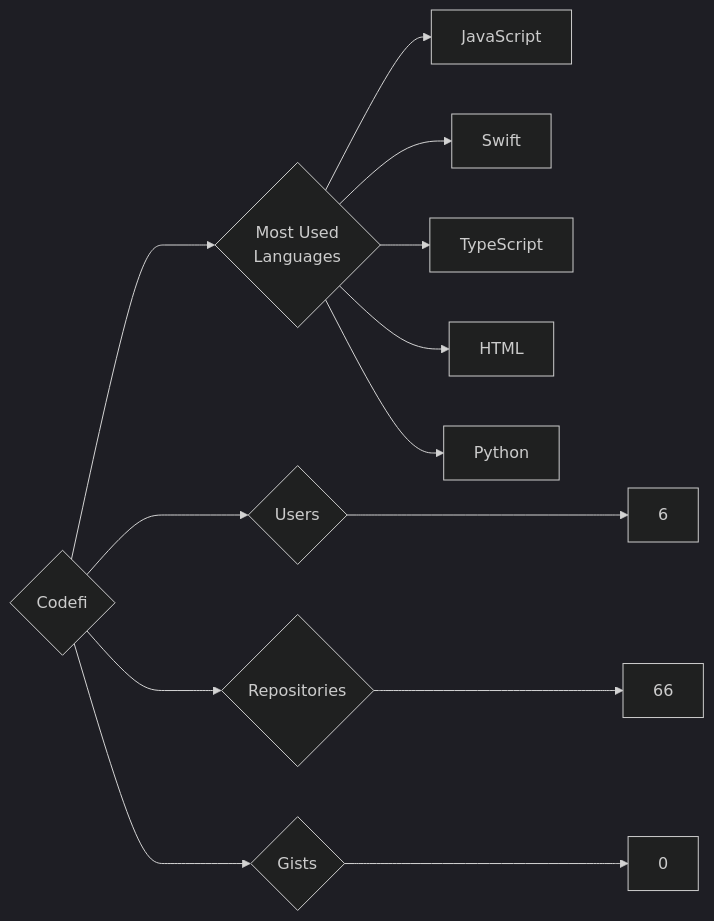
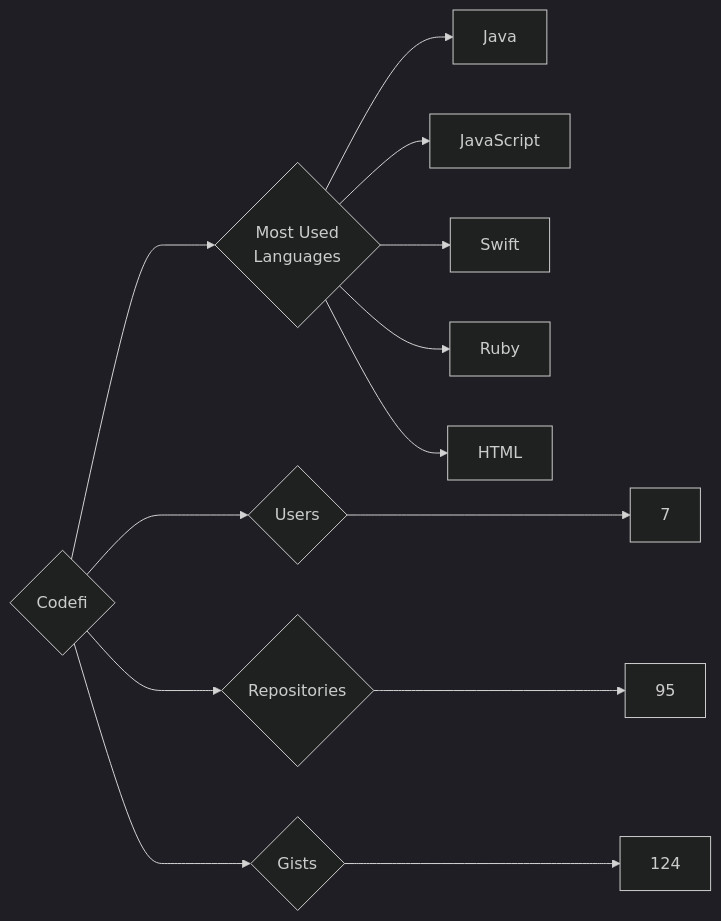
One commit to trickest/insiders changed the diagram in targets/Codefi/README.md. Above: the diagram before and after it, drawn with Mermaid (dark theme). The commit also changed 838 other files, not shown here.

````diff
--- a/targets/Codefi/README.md
+++ b/targets/Codefi/README.md
@@ -3,13 +3,13 @@
 ```mermaid
 graph LR
 COMPANY_NAME{Codefi}
-COMPANY_NAME ---> U{Users} ---> UN[6]
-COMPANY_NAME ---> R{Repositories} ---> RN[66]
-COMPANY_NAME ---> G{Gists} ---> GN[0]
+COMPANY_NAME ---> U{Users} ---> UN[7]
+COMPANY_NAME ---> R{Repositories} ---> RN[95]
+COMPANY_NAME ---> G{Gists} ---> GN[124]
 COMPANY_NAME ---> ML{Most Used<br>Languages}
+ML --> Java[Java]
 ML --> JavaScript[JavaScript]
 ML --> Swift[Swift]
-ML --> TypeScript[TypeScript]
+ML --> Ruby[Ruby]
 ML --> HTML[HTML]
-ML --> Python[Python]
 ```
````
